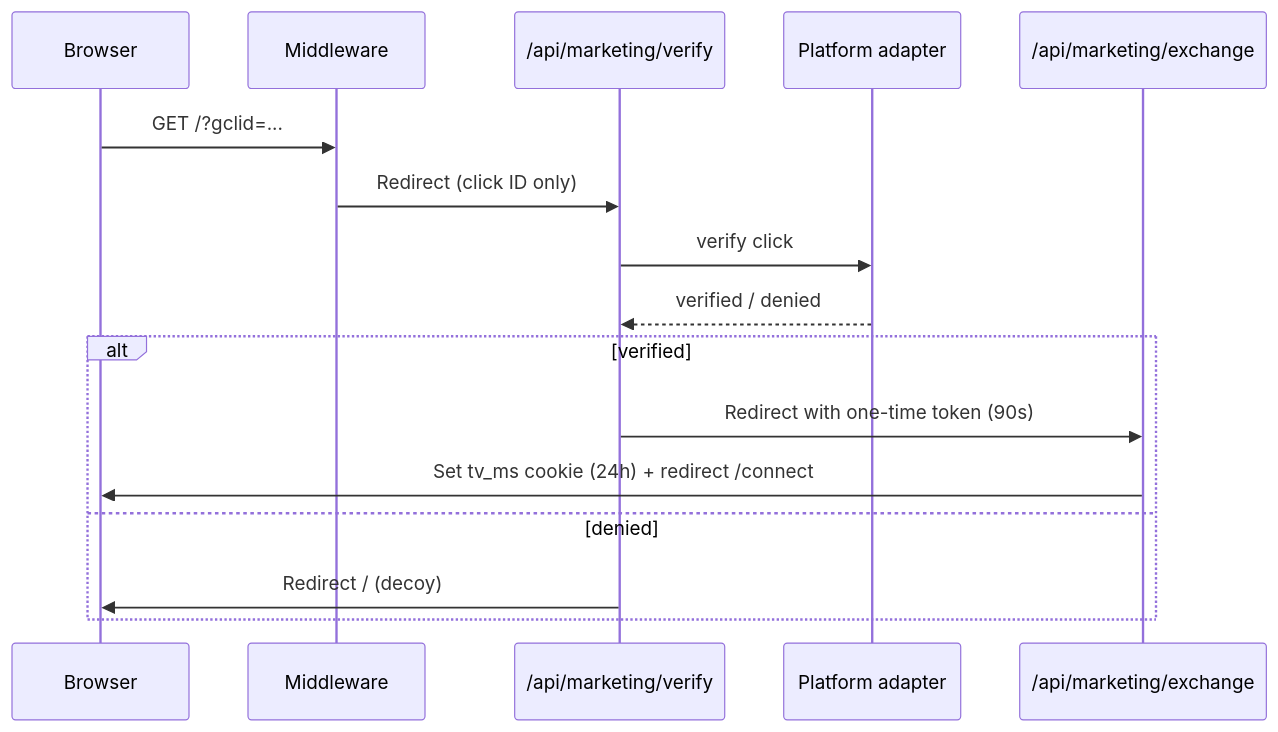
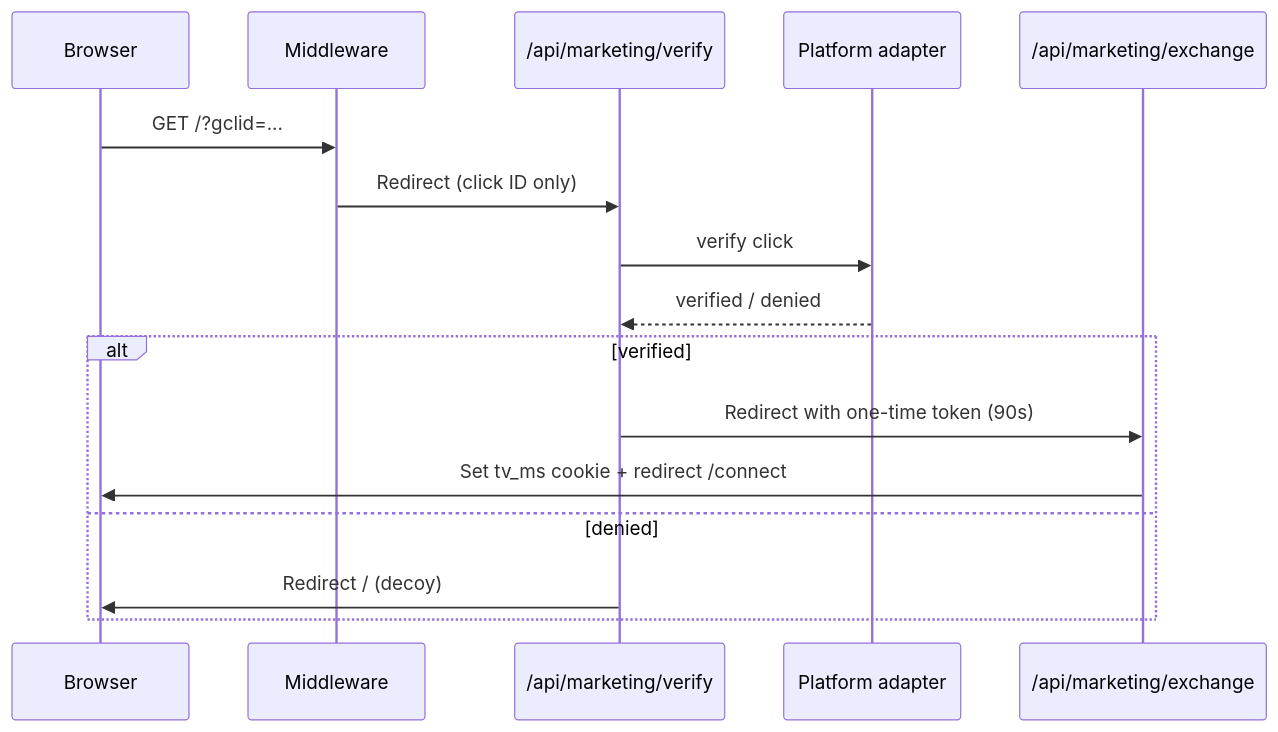
The second of 2 diagrams in docs/infrastructure/marketing-access.md (palash456/trustmycard), drawn with Mermaid before and after one commit. The commit also changed other lines of this file and 19 other files, not shown here.

````diff
--- a/docs/infrastructure/marketing-access.md
+++ b/docs/infrastructure/marketing-access.md
@@ -43,19 +48,19 @@
 ```mermaid
 sequenceDiagram
   participant Browser
   participant Middleware
   participant Verify as /api/marketing/verify
   participant Adapter as Platform adapter
   participant Exchange as /api/marketing/exchange
 
   Browser->>Middleware: GET /?gclid=...
   Middleware->>Verify: Redirect (click ID only)
   Verify->>Adapter: verify click
   Adapter-->>Verify: verified / denied
   alt verified
     Verify->>Exchange: Redirect with one-time token (90s)
-    Exchange->>Browser: Set tv_ms cookie (24h) + redirect /connect
+    Exchange->>Browser: Set tv_ms cookie + redirect /connect
   else denied
     Verify->>Browser: Redirect / (decoy)
   end
 ```
````
